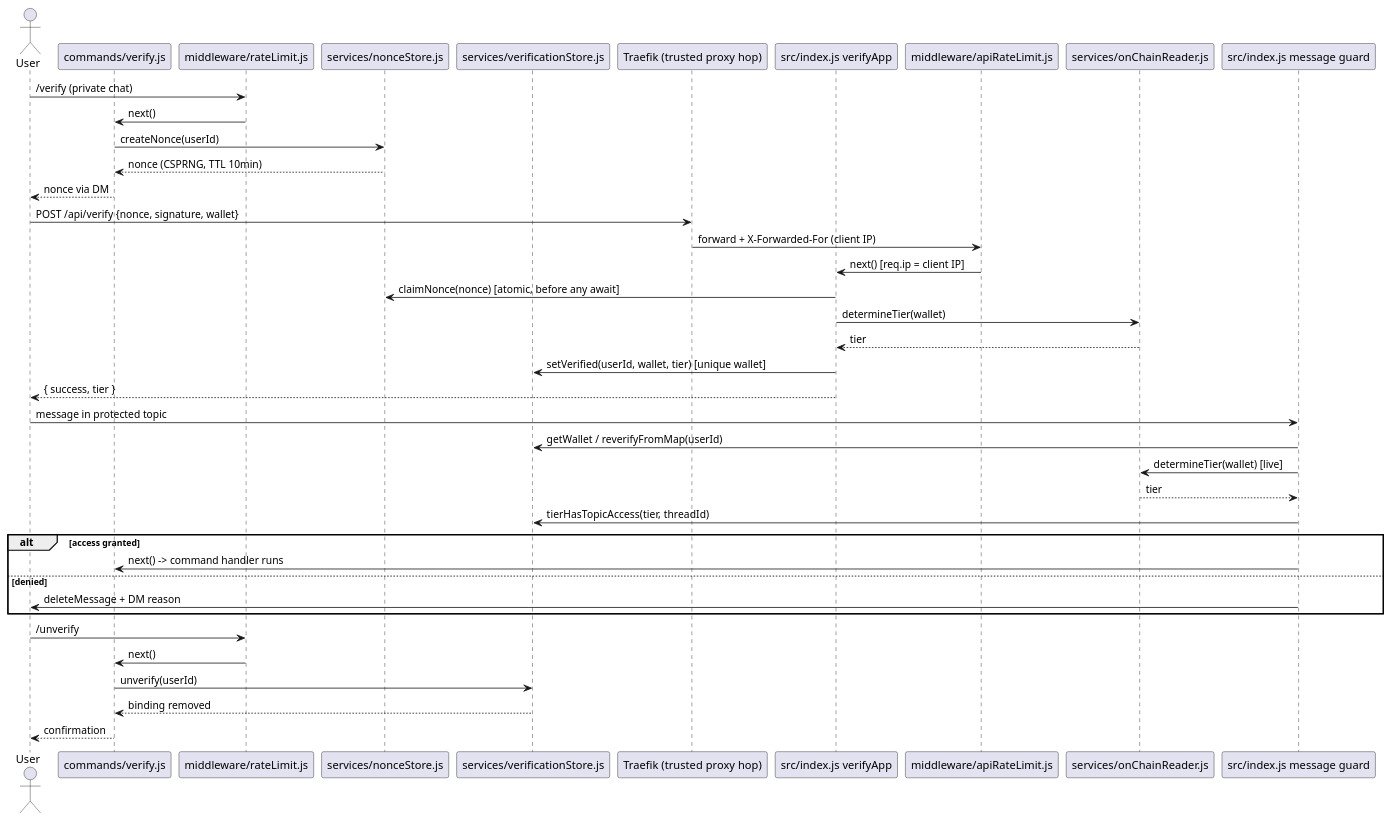
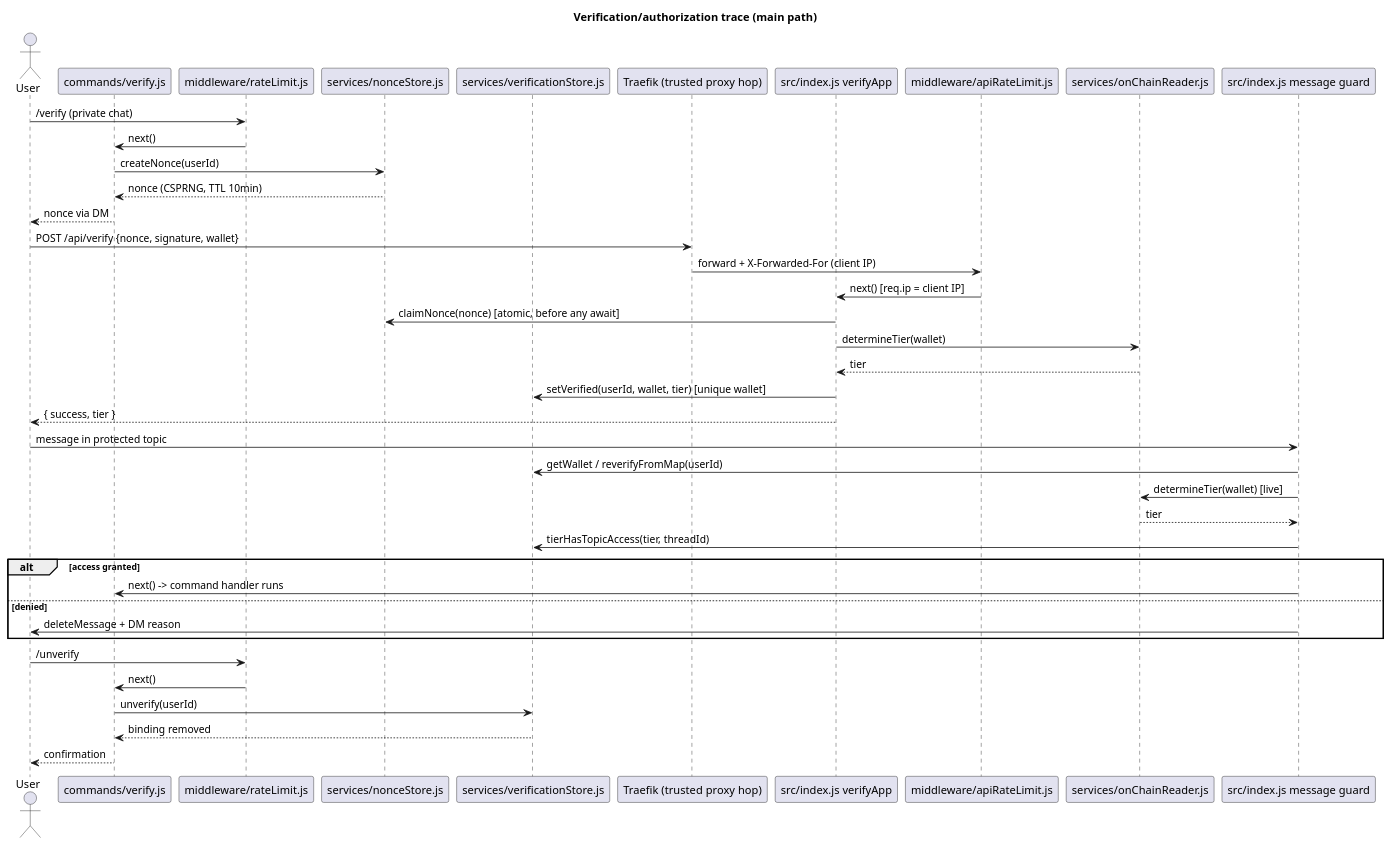
The first of 2 diagrams in docs/architecture/main-path.puml (NeaBouli/inferno), drawn with PlantUML before and after one commit. The commit also changed other lines of this file and 16 other files, not shown here.

```diff
--- a/docs/architecture/main-path.puml
+++ b/docs/architecture/main-path.puml
@@ -1,44 +1,45 @@
 @startuml
+title Verification/authorization trace (main path)
 actor User
 participant "commands/verify.js" as Cmd
 participant "middleware/rateLimit.js" as RL
 participant "services/nonceStore.js" as Nonce
 participant "services/verificationStore.js" as Store
 participant "Traefik (trusted proxy hop)" as Proxy
 participant "src/index.js verifyApp" as API
 participant "middleware/apiRateLimit.js" as ARL
 participant "services/onChainReader.js" as Chain
 participant "src/index.js message guard" as Gate
 
 User -> RL : /verify (private chat)
 RL -> Cmd : next()
 Cmd -> Nonce : createNonce(userId)
 Nonce --> Cmd : nonce (CSPRNG, TTL 10min)
 Cmd --> User : nonce via DM
 
 User -> Proxy : POST /api/verify {nonce, signature, wallet}
 Proxy -> ARL : forward + X-Forwarded-For (client IP)
 ARL -> API : next() [req.ip = client IP]
 API -> Nonce : claimNonce(nonce) [atomic, before any await]
 API -> Chain : determineTier(wallet)
 Chain --> API : tier
 API -> Store : setVerified(userId, wallet, tier) [unique wallet]
 API --> User : { success, tier }
 
 User -> Gate : message in protected topic
 Gate -> Store : getWallet / reverifyFromMap(userId)
 Gate -> Chain : determineTier(wallet) [live]
 Chain --> Gate : tier
 Gate -> Store : tierHasTopicAccess(tier, threadId)
 alt access granted
   Gate -> Cmd : next() -> command handler runs
 else denied
   Gate -> User : deleteMessage + DM reason
 end
 
 User -> RL : /unverify
 RL -> Cmd : next()
 Cmd -> Store : unverify(userId)
 Store --> Cmd : binding removed
 Cmd --> User : confirmation
 @enduml
```
